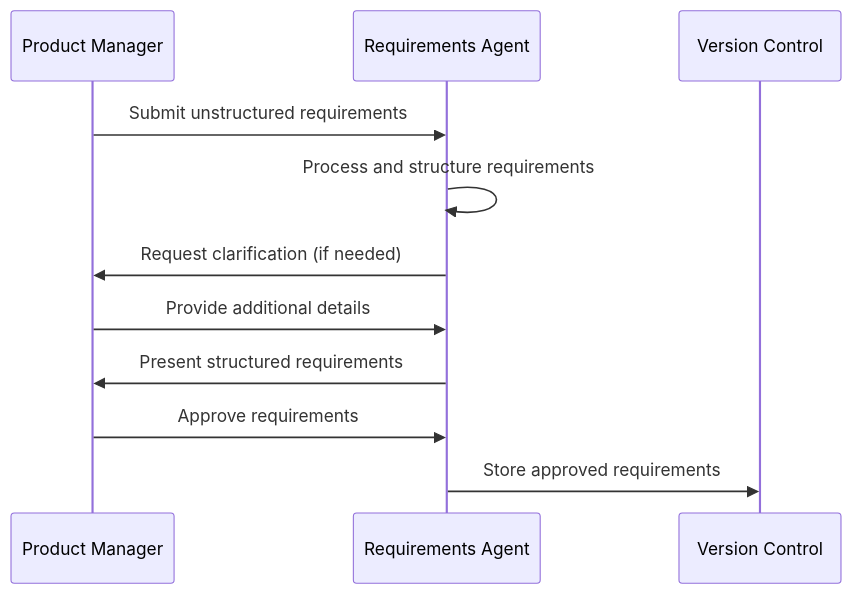
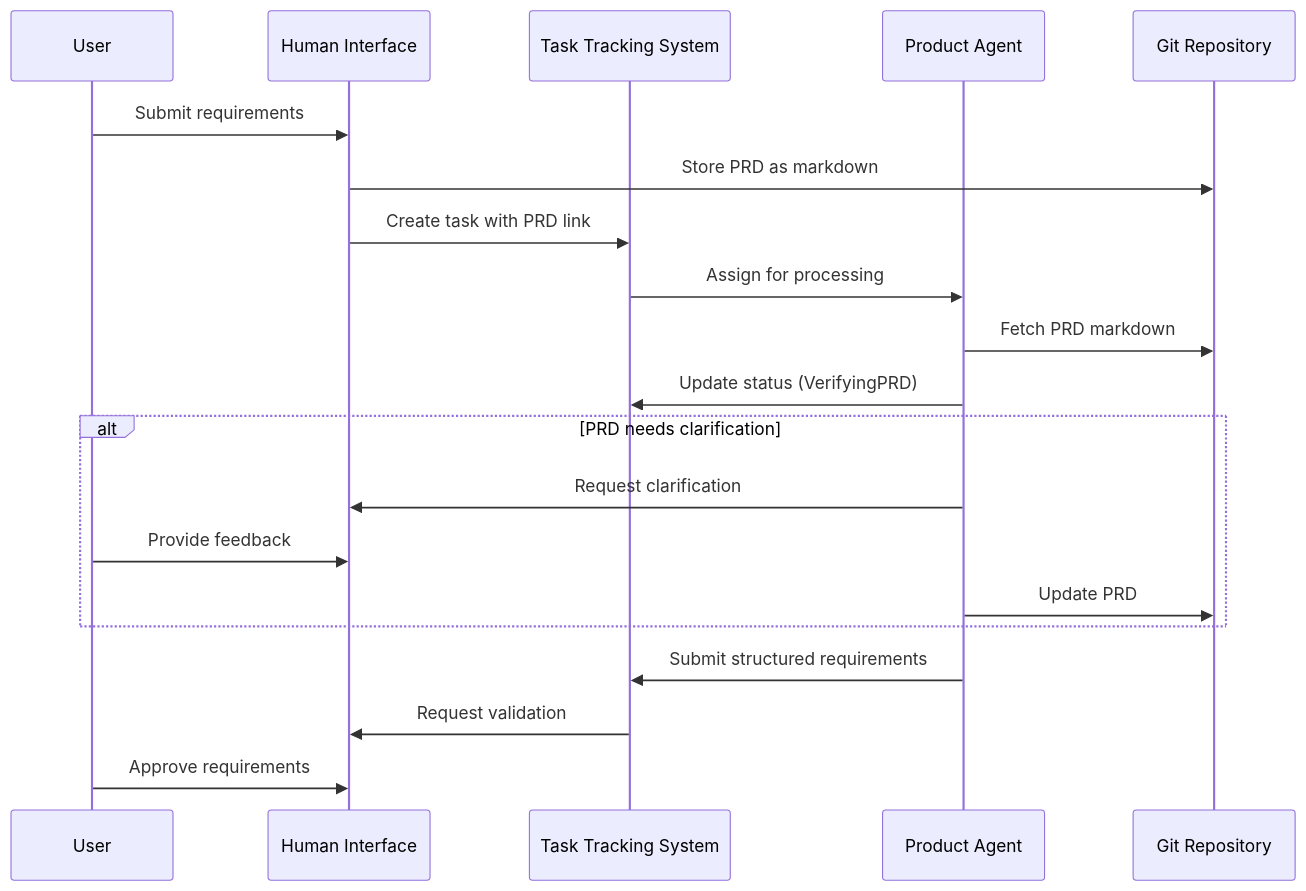
One commit to kgatilin/aihive changed the first of 2 diagrams in docs/arch/high_level_architecture.md. Above: the diagram before and after it, drawn with Mermaid. The commit also changed other lines of this file and 3 other files, not shown here.

Commit message:
Streamline architecture docs to align with simplified component architecture

````diff
--- a/docs/arch/high_level_architecture.md
+++ b/docs/arch/high_level_architecture.md
@@ -97,14 +20,23 @@
 ```mermaid
 sequenceDiagram
-    participant PM as Product Manager
-    participant RA as Requirements Agent
-    participant VCS as Version Control
-
-    PM->>RA: Submit unstructured requirements
-    RA->>RA: Process and structure requirements
-    RA->>PM: Request clarification (if needed)
-    PM->>RA: Provide additional details
-    RA->>PM: Present structured requirements
-    PM->>RA: Approve requirements
-    RA->>VCS: Store approved requirements
+    participant User
+    participant HI as Human Interface
+    participant TTS as Task Tracking System
+    participant PA as Product Agent
+    participant Git as Git Repository
+    
+    User->>HI: Submit requirements
+    HI->>Git: Store PRD as markdown
+    HI->>TTS: Create task with PRD link
+    TTS->>PA: Assign for processing
+    PA->>Git: Fetch PRD markdown
+    PA->>TTS: Update status (VerifyingPRD)
+    alt PRD needs clarification
+        PA->>HI: Request clarification
+        User->>HI: Provide feedback
+        PA->>Git: Update PRD
+    end
+    PA->>TTS: Submit structured requirements
+    TTS->>HI: Request validation
+    User->>HI: Approve requirements
 ```
````
